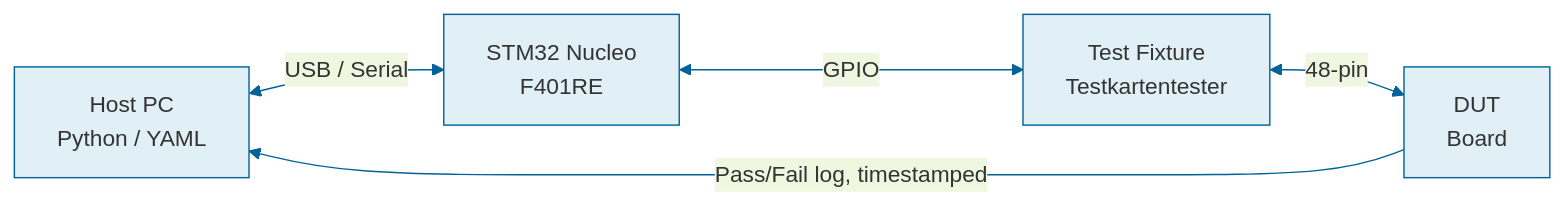
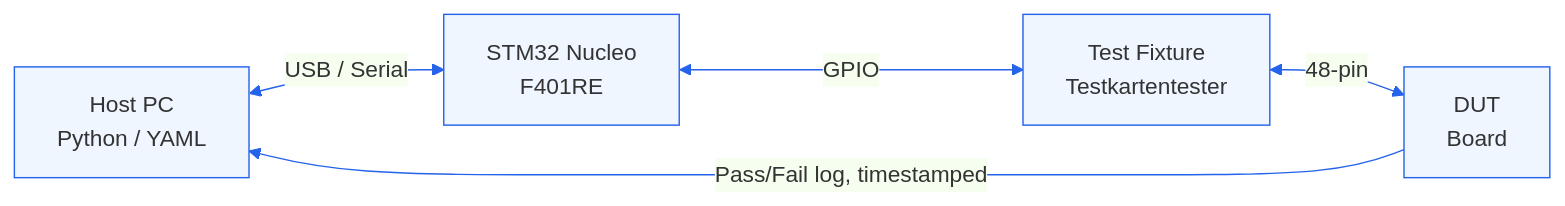
One commit to mtorun0x7cd/anti-skid-verification changed the diagram in README.md. Above: the diagram before and after it, drawn with Mermaid. The commit also changed 4 other files, not shown here.

First line of the commit message:
docs: recolour the diagram and social preview to the brand accent

````diff
--- a/README.md
+++ b/README.md
@@ -112,8 +112,8 @@
 ```mermaid
-%%{init: {'theme': 'base', 'themeVariables': { 'primaryColor': '#E1F0F7', 'edgeColor': '#00629B', 'primaryBorderColor': '#00629B', 'lineColor': '#00629B', 'textColor': '#083A5A' }}}%%
+%%{init: {'theme': 'base', 'themeVariables': { 'primaryColor': '#EFF6FF', 'edgeColor': '#2563EB', 'primaryBorderColor': '#2563EB', 'lineColor': '#2563EB', 'textColor': '#0F172A' }}}%%
 graph LR
     Host["Host PC<br/>Python / YAML"] <-->|USB / Serial| STM["STM32 Nucleo<br/>F401RE"]
     STM <-->|GPIO| Fix["Test Fixture<br/>Testkartentester"]
     Fix <-->|48-pin| DUT["DUT<br/>Board"]
     DUT -->|Pass/Fail log, timestamped| Host
 ```
````
